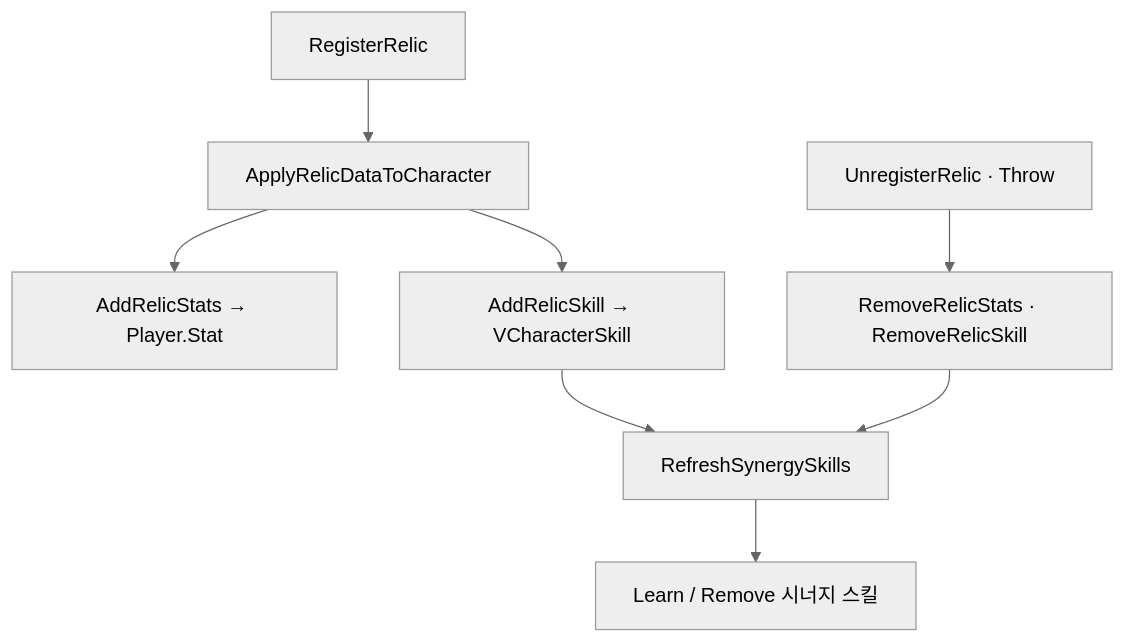
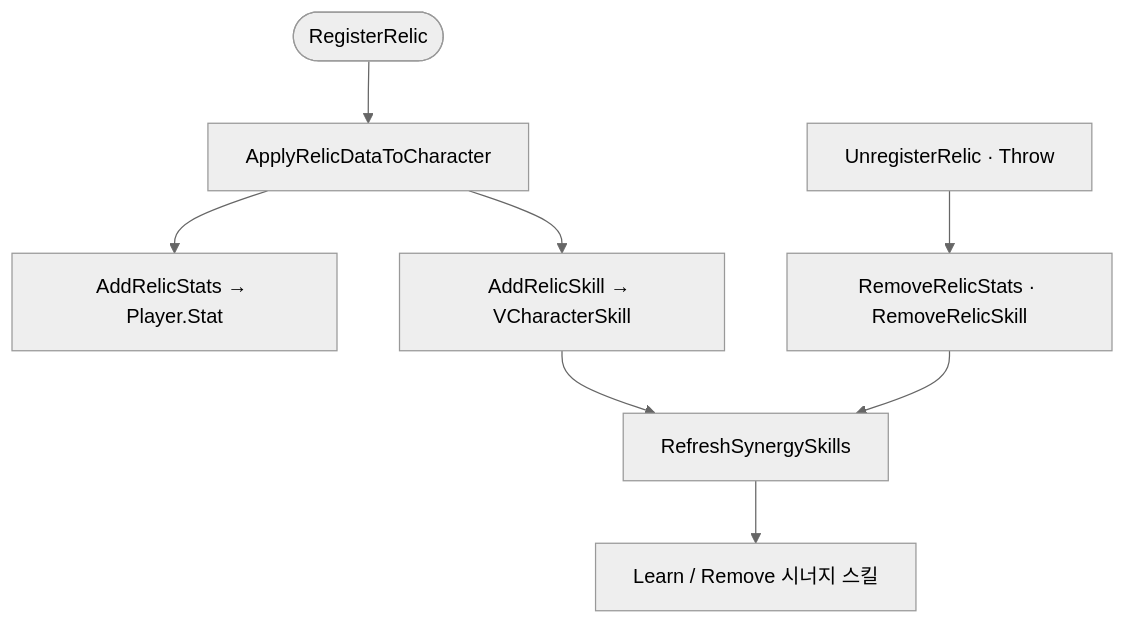
Before and after one commit to monet5379/monet5379.github.io: the diagram in notes/dragon-relic-apply.md, drawn with Mermaid (neutral theme). The commit also changed 8 other files, not shown here.

Commit message:
fix(notes): dragon monster·relic·inventory Mermaid visual

````diff
--- a/notes/dragon-relic-apply.md
+++ b/notes/dragon-relic-apply.md
@@ -51,10 +51,11 @@
 ```mermaid
 flowchart TD
-  R["RegisterRelic"] --> A["ApplyRelicDataToCharacter"]
+  R(["RegisterRelic"])
+  R --> A["ApplyRelicDataToCharacter"]
   A --> ST["AddRelicStats → Player.Stat"]
   A --> SK["AddRelicSkill → VCharacterSkill"]
   SK --> SY["RefreshSynergySkills"]
   SY --> SL["Learn / Remove 시너지 스킬"]
   U["UnregisterRelic · Throw"] --> RST["RemoveRelicStats · RemoveRelicSkill"]
   RST --> SY
 ```
````
